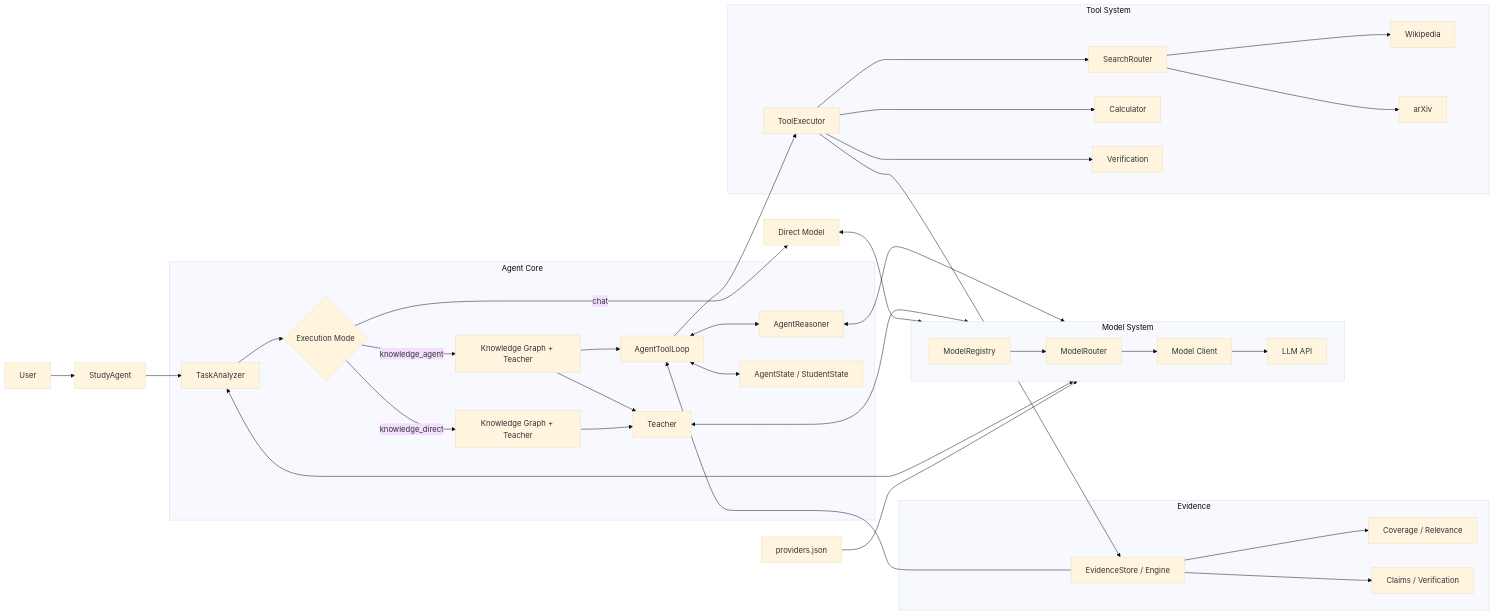
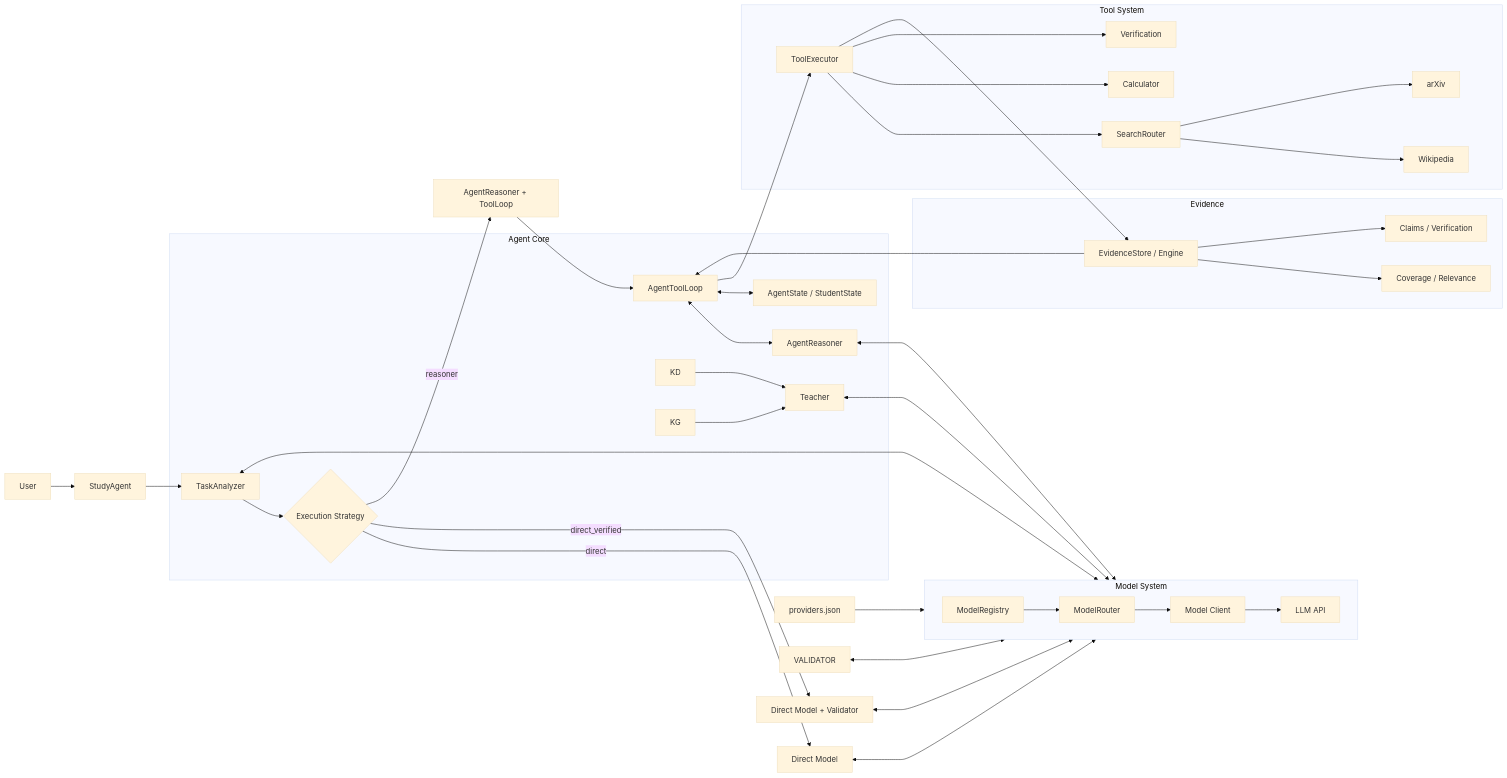
One commit to Erdoschn/Study-agent changed the first of 3 diagrams in README.md. Above: the diagram before and after it, drawn with Mermaid (base theme). The commit also changed other lines of this file, not shown here.

Commit message:
docs: update architecture for adaptive execution routing

````diff
--- a/README.md
+++ b/README.md
@@ -7,58 +7,60 @@
 ```mermaid
 flowchart LR
 
     USER["User"] --> SA["StudyAgent"]
     SA --> TA["TaskAnalyzer"]
-    TA --> ROUTE{"Execution Mode"}
-    ROUTE -->|chat| CHAT["Direct Model"]
-    ROUTE -->|knowledge_direct| KD["Knowledge Graph + Teacher"]
-    ROUTE -->|knowledge_agent| KG["Knowledge Graph + Teacher"]
-    KG --> LOOP["AgentToolLoop"]
+    TA --> ROUTE{"Execution Strategy"}
+    ROUTE -->|direct| DIRECT["Direct Model"]
+    ROUTE -->|direct_verified| VERIFIED["Direct Model + Validator"]
+    ROUTE -->|reasoner| REASONER_PATH["AgentReasoner + ToolLoop"]
+    REASONER_PATH --> LOOP["AgentToolLoop"]
 
     subgraph CORE["Agent Core"]
         TA
         ROUTE
         LOOP <--> REASONER["AgentReasoner"]
         AS["AgentState / StudentState"]
         LOOP <--> AS
         TEACHER["Teacher"]
         KD --> TEACHER
         KG --> TEACHER
     end
 
     subgraph MODEL["Model System"]
         direction LR
         REGISTRY["ModelRegistry"] --> ROUTER["ModelRouter"] --> CLIENT["Model Client"] --> LLM["LLM API"]
     end
 
     subgraph EVIDENCE["Evidence"]
         EVI["EvidenceStore / Engine"]
         COVERAGE["Coverage / Relevance"]
         CLAIM["Claims / Verification"]
         EVI --> COVERAGE
         EVI --> CLAIM
     end
 
     subgraph TOOLS["Tool System"]
         EXECUTOR["ToolExecutor"]
         SEARCH["SearchRouter"]
         WIKI["Wikipedia"]
         ARXIV["arXiv"]
         CALC["Calculator"]
         VERIFY["Verification"]
         EXECUTOR --> SEARCH
         SEARCH --> WIKI
         SEARCH --> ARXIV
         EXECUTOR --> CALC
         EXECUTOR --> VERIFY
     end
 
     CONFIG["providers.json"] --> MODEL
     TA <--> MODEL
-    CHAT <--> MODEL
+    DIRECT <--> MODEL
+    VERIFIED <--> MODEL
+    VALIDATOR <--> MODEL
     TEACHER <--> MODEL
     REASONER <--> MODEL
     LOOP --> EXECUTOR
     EXECUTOR --> EVI
     EVI --> LOOP
 ```
````
